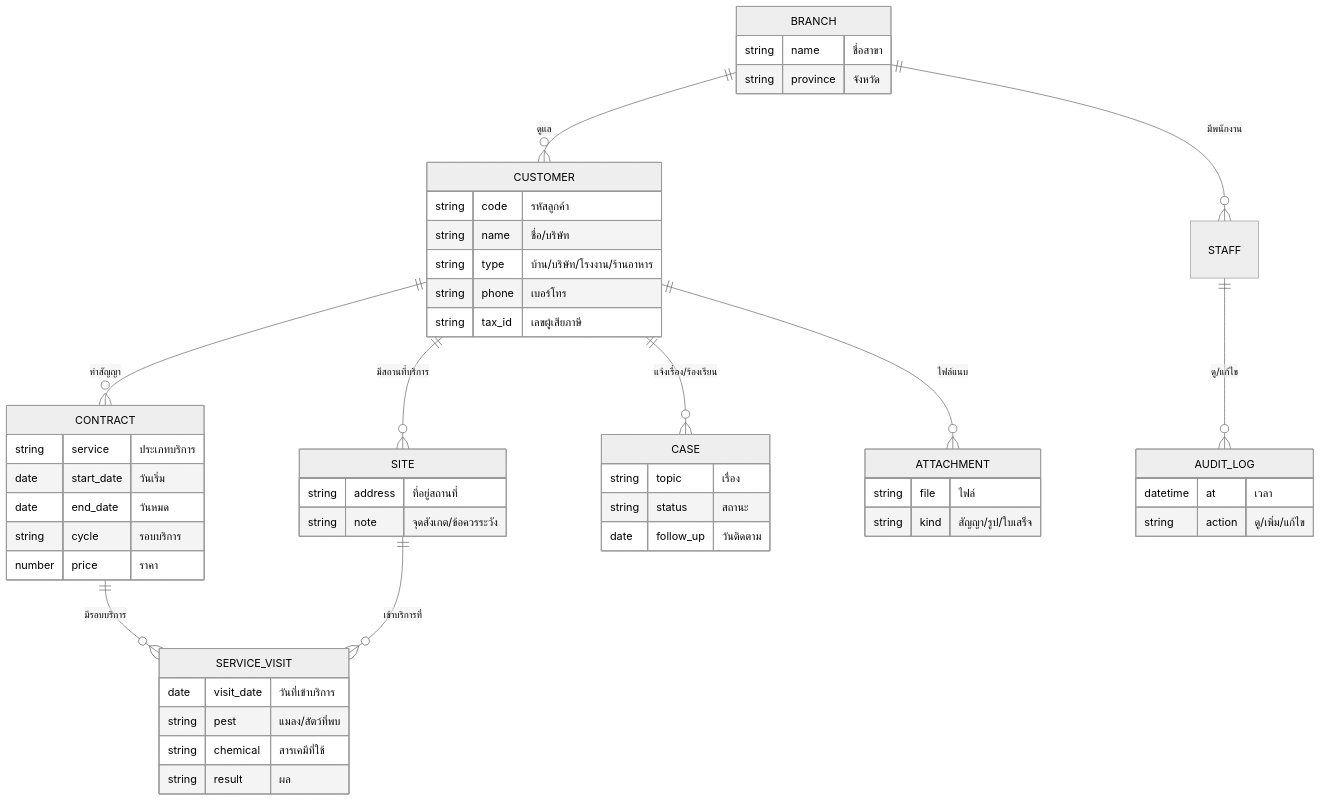
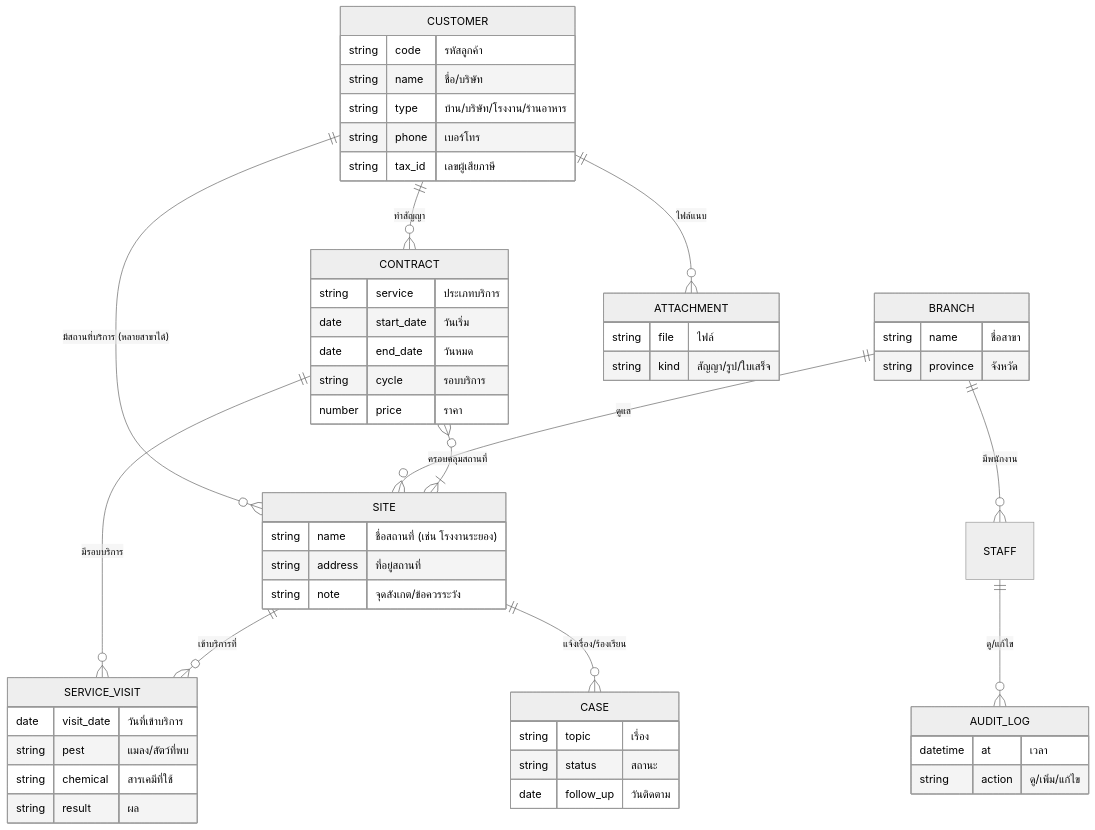
The fourth of 7 diagrams in docs/research/2026-11-07-advance-group-asia-workflow-diagrams.md (warayuthsema-alt/my-house-sh2401), drawn with Mermaid (neutral theme) before and after one commit. The commit also changed other lines of this file and 1 other file, not shown here.

First line of the commit message:
Workflow diagrams: support customers served by multiple branches

````diff
--- a/docs/research/2026-11-07-advance-group-asia-workflow-diagrams.md
+++ b/docs/research/2026-11-07-advance-group-asia-workflow-diagrams.md
@@ -98,54 +111,56 @@
 ```mermaid
 erDiagram
-    BRANCH ||--o{ CUSTOMER : "ดูแล"
+    CUSTOMER ||--o{ SITE : "มีสถานที่บริการ (หลายสาขาได้)"
+    BRANCH ||--o{ SITE : "ดูแล"
     BRANCH ||--o{ STAFF : "มีพนักงาน"
-    CUSTOMER ||--o{ SITE : "มีสถานที่บริการ"
     CUSTOMER ||--o{ CONTRACT : "ทำสัญญา"
+    CONTRACT }o--|{ SITE : "ครอบคลุมสถานที่"
     CONTRACT ||--o{ SERVICE_VISIT : "มีรอบบริการ"
     SITE ||--o{ SERVICE_VISIT : "เข้าบริการที่"
-    CUSTOMER ||--o{ CASE : "แจ้งเรื่อง/ร้องเรียน"
+    SITE ||--o{ CASE : "แจ้งเรื่อง/ร้องเรียน"
     CUSTOMER ||--o{ ATTACHMENT : "ไฟล์แนบ"
     STAFF ||--o{ AUDIT_LOG : "ดู/แก้ไข"
 
     BRANCH {
         string name "ชื่อสาขา"
         string province "จังหวัด"
     }
     CUSTOMER {
         string code "รหัสลูกค้า"
         string name "ชื่อ/บริษัท"
         string type "บ้าน/บริษัท/โรงงาน/ร้านอาหาร"
         string phone "เบอร์โทร"
         string tax_id "เลขผู้เสียภาษี"
     }
     SITE {
+        string name "ชื่อสถานที่ (เช่น โรงงานระยอง)"
         string address "ที่อยู่สถานที่"
         string note "จุดสังเกต/ข้อควรระวัง"
     }
     CONTRACT {
         string service "ประเภทบริการ"
         date start_date "วันเริ่ม"
         date end_date "วันหมด"
         string cycle "รอบบริการ"
         number price "ราคา"
     }
     SERVICE_VISIT {
         date visit_date "วันที่เข้าบริการ"
         string pest "แมลง/สัตว์ที่พบ"
         string chemical "สารเคมีที่ใช้"
         string result "ผล"
     }
     CASE {
         string topic "เรื่อง"
         string status "สถานะ"
         date follow_up "วันติดตาม"
     }
     ATTACHMENT {
         string file "ไฟล์"
         string kind "สัญญา/รูป/ใบเสร็จ"
     }
     AUDIT_LOG {
         datetime at "เวลา"
         string action "ดู/เพิ่ม/แก้ไข"
     }
 ```
````
